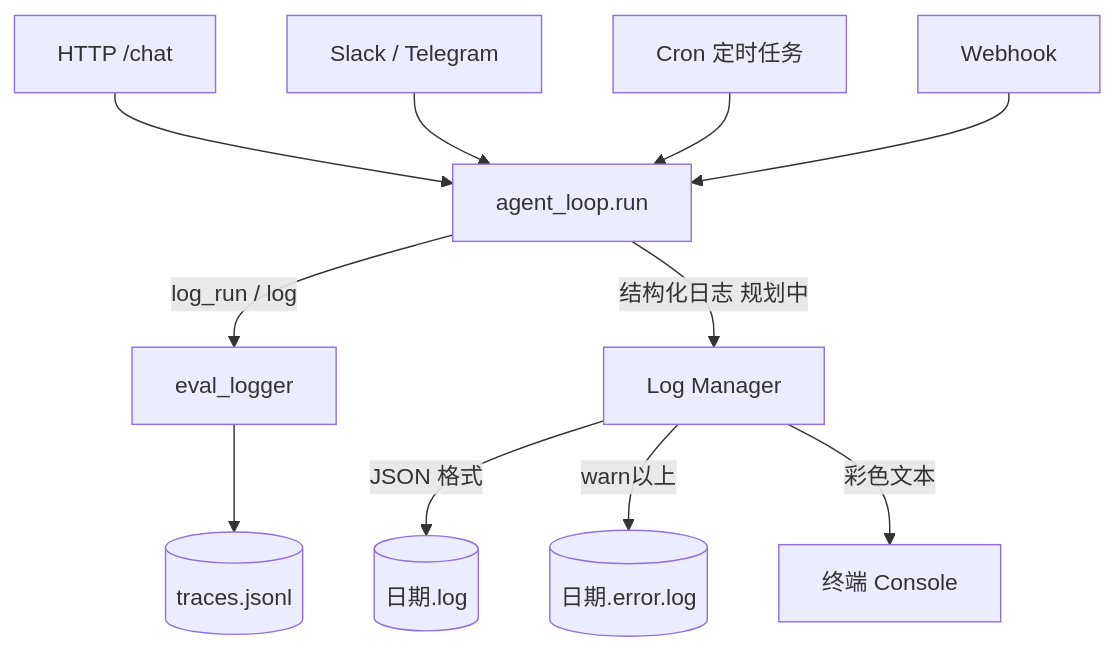
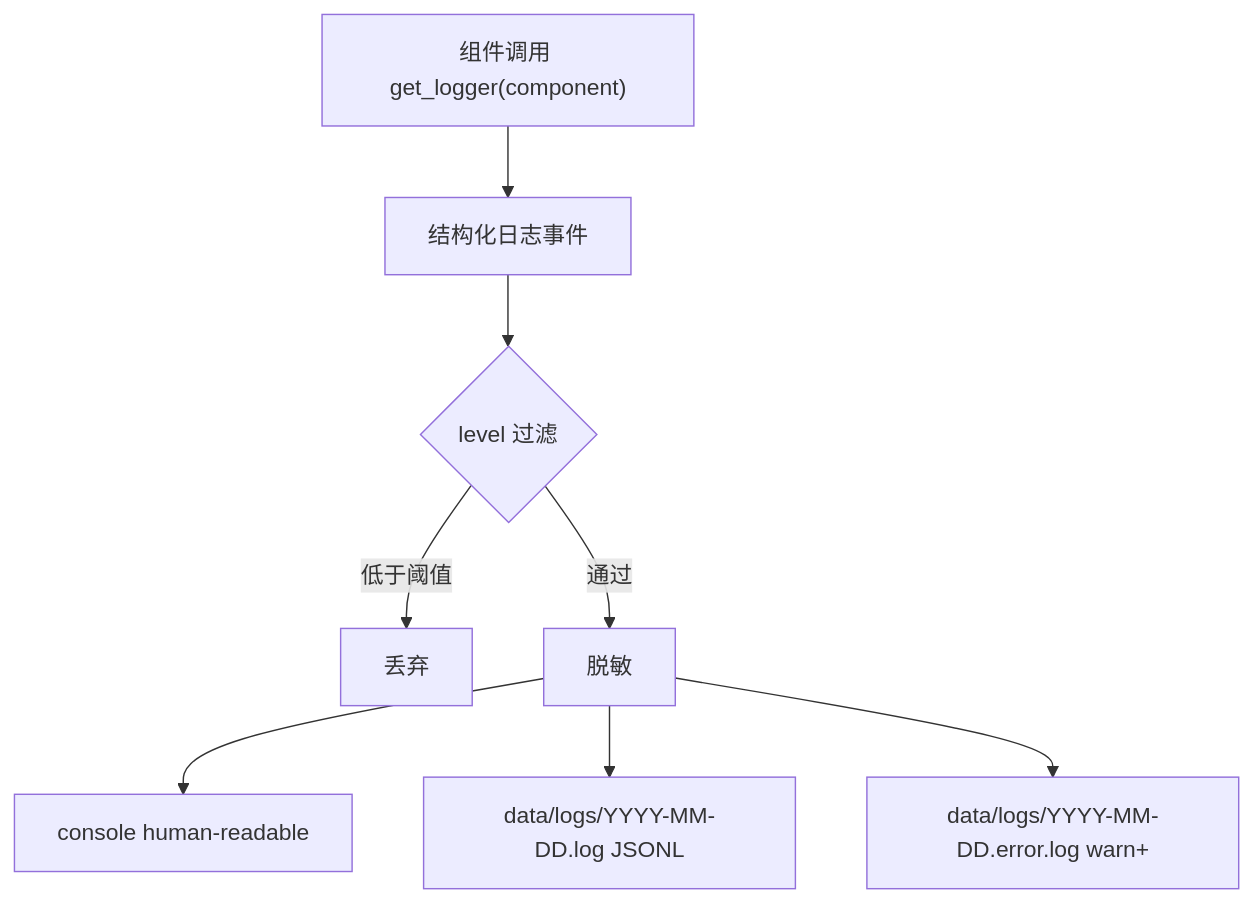
Before and after one commit to Summy2104/fleetent: the first of 3 diagrams in docs/capabilities/observability.md, drawn with Mermaid. The commit also changed other lines of this file and 18 other files, not shown here.

Commit message:
docs(observability): define sqlite agent traces

````diff
--- a/docs/capabilities/observability.md
+++ b/docs/capabilities/observability.md
@@ -27,15 +41,10 @@
 ```mermaid
 flowchart TD
-    A["HTTP /chat"] --> AL["agent_loop.run"]
-    B["Slack / Telegram"] --> AL
-    C["Cron 定时任务"] --> AL
-    D["Webhook"] --> AL
-
-    AL -->|"log_run / log"| EL["eval_logger"]
-    EL --> TJ[("traces.jsonl")]
-
-    AL -->|"结构化日志 规划中"| LM["Log Manager"]
-    LM -->|"JSON 格式"| LF[("日期.log")]
-    LM -->|"warn以上"| EF[("日期.error.log")]
-    LM -->|"彩色文本"| CON["终端 Console"]
+    A["组件调用 get_logger(component)"] --> B["结构化日志事件"]
+    B --> C{"level 过滤"}
+    C -->|"低于阈值"| D["丢弃"]
+    C -->|"通过"| E["脱敏"]
+    E --> F["console human-readable"]
+    E --> G["data/logs/YYYY-MM-DD.log JSONL"]
+    E --> H["data/logs/YYYY-MM-DD.error.log warn+"]
 ```
````
